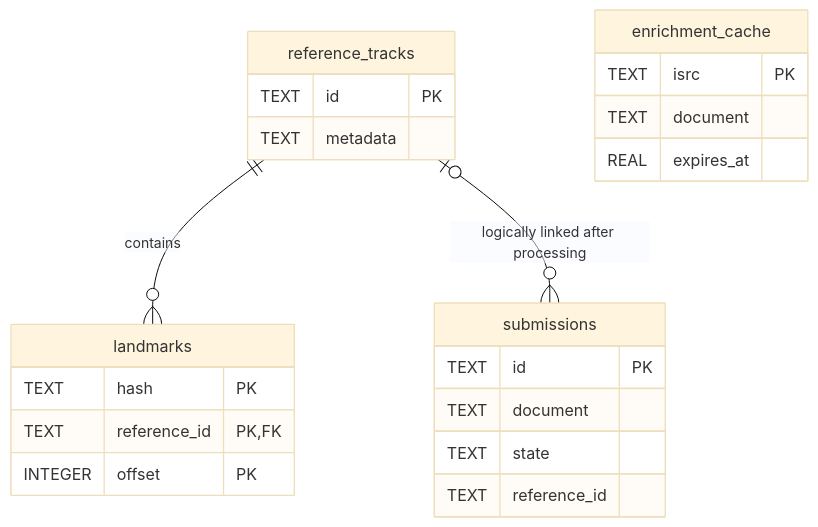
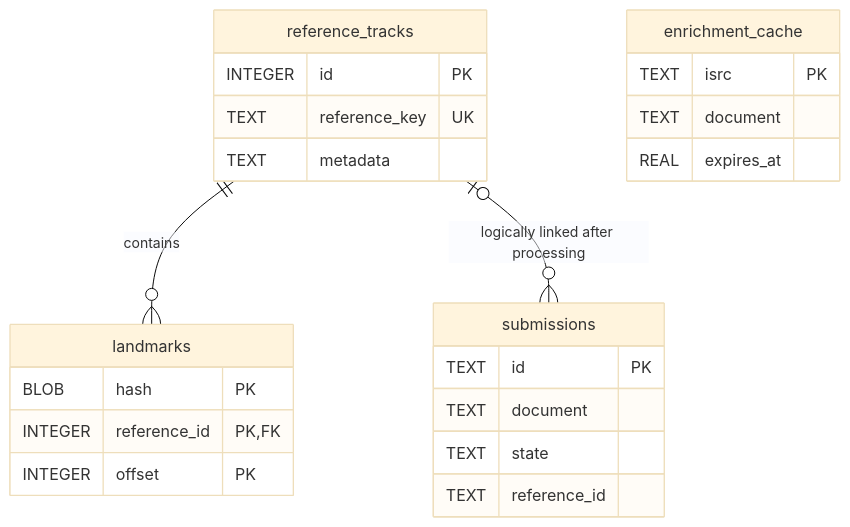
Before and after one commit to dmoo500/audio-fingerprint-server: the fourth of 5 diagrams in README.md, drawn with Mermaid (base theme). The commit also changed other lines of this file and 4 other files, not shown here.

````diff
--- a/README.md
+++ b/README.md
@@ -137,25 +137,26 @@
 ```mermaid
 erDiagram
     reference_tracks ||--o{ landmarks : contains
     reference_tracks |o--o{ submissions : "logically linked after processing"
     submissions {
         TEXT id PK
         TEXT document
         TEXT state
         TEXT reference_id
     }
     reference_tracks {
-        TEXT id PK
+        INTEGER id PK
+        TEXT reference_key UK
         TEXT metadata
     }
     landmarks {
-        TEXT hash PK
-        TEXT reference_id PK, FK
+        BLOB hash PK
+        INTEGER reference_id PK, FK
         INTEGER offset PK
     }
     enrichment_cache {
         TEXT isrc PK
         TEXT document
         REAL expires_at
     }
 ```
````
